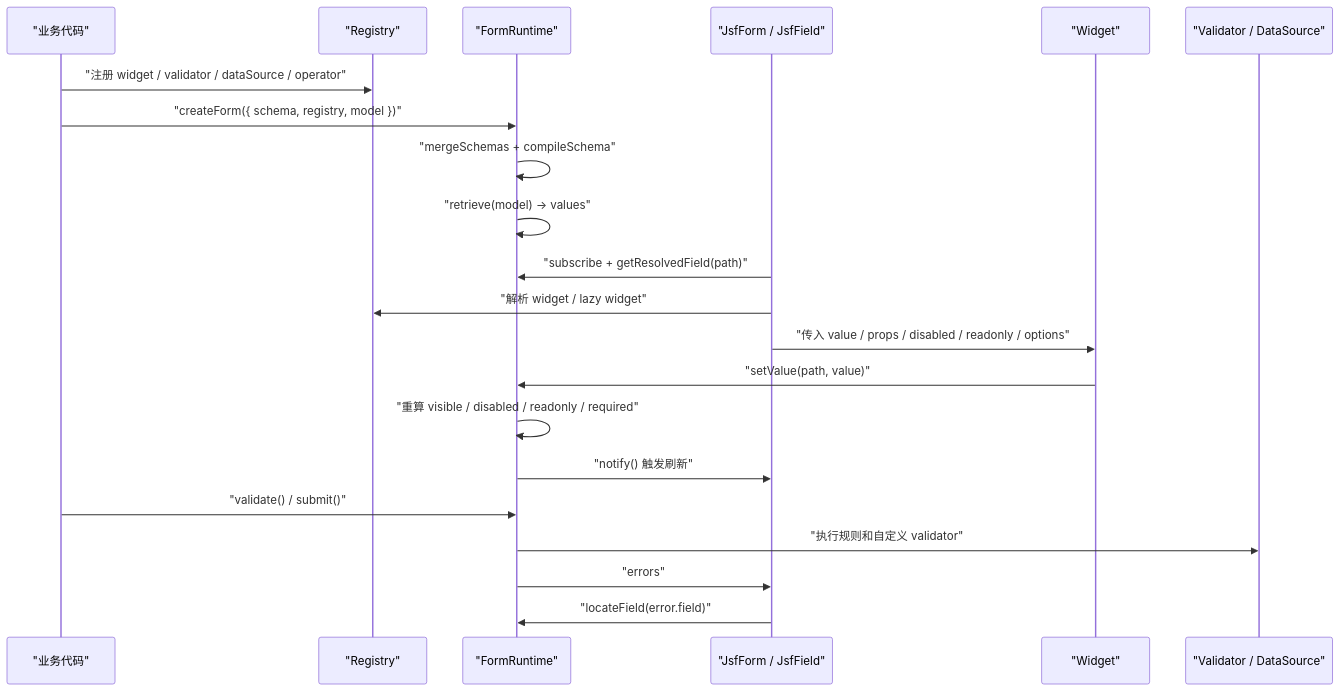
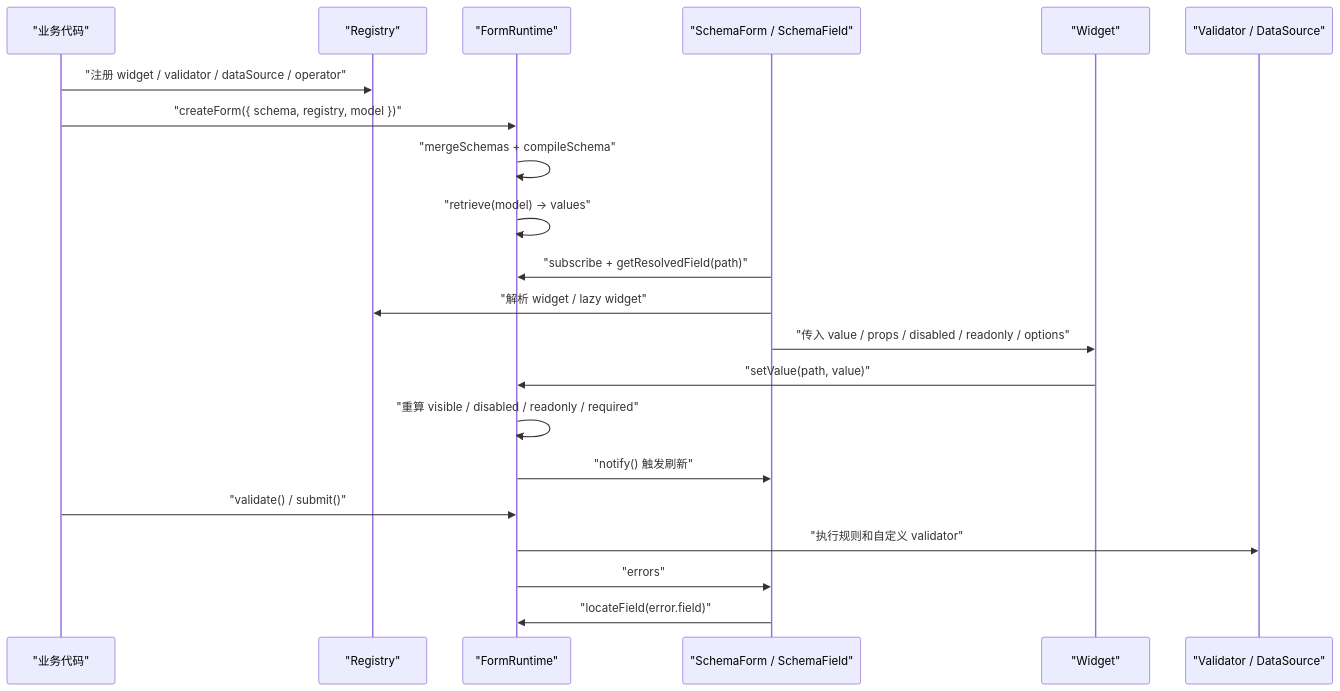
One commit to nelk98/lego changed the third of 3 diagrams in docs/jsf/architecture.md. Above: the diagram before and after it, drawn with Mermaid. The commit also changed other lines of this file and 10 other files, not shown here.

Commit message:
refactor(jsf): rename renderer components to schema form

````diff
--- a/docs/jsf/architecture.md
+++ b/docs/jsf/architecture.md
@@ -85,24 +85,24 @@
 ```mermaid
 sequenceDiagram
   participant App as "业务代码"
   participant Registry as "Registry"
   participant Form as "FormRuntime"
-  participant Renderer as "JsfForm / JsfField"
+  participant Renderer as "SchemaForm / SchemaField"
   participant Widget as "Widget"
   participant Validator as "Validator / DataSource"
 
   App->>Registry: "注册 widget / validator / dataSource / operator"
   App->>Form: "createForm({ schema, registry, model })"
   Form->>Form: "mergeSchemas + compileSchema"
   Form->>Form: "retrieve(model) -> values"
   Renderer->>Form: "subscribe + getResolvedField(path)"
   Renderer->>Registry: "解析 widget / lazy widget"
   Renderer->>Widget: "传入 value / props / disabled / readonly / options"
   Widget->>Form: "setValue(path, value)"
   Form->>Form: "重算 visible / disabled / readonly / required"
   Form->>Renderer: "notify() 触发刷新"
   App->>Form: "validate() / submit()"
   Form->>Validator: "执行规则和自定义 validator"
   Form->>Renderer: "errors"
   Renderer->>Form: "locateField(error.field)"
 ```
````
